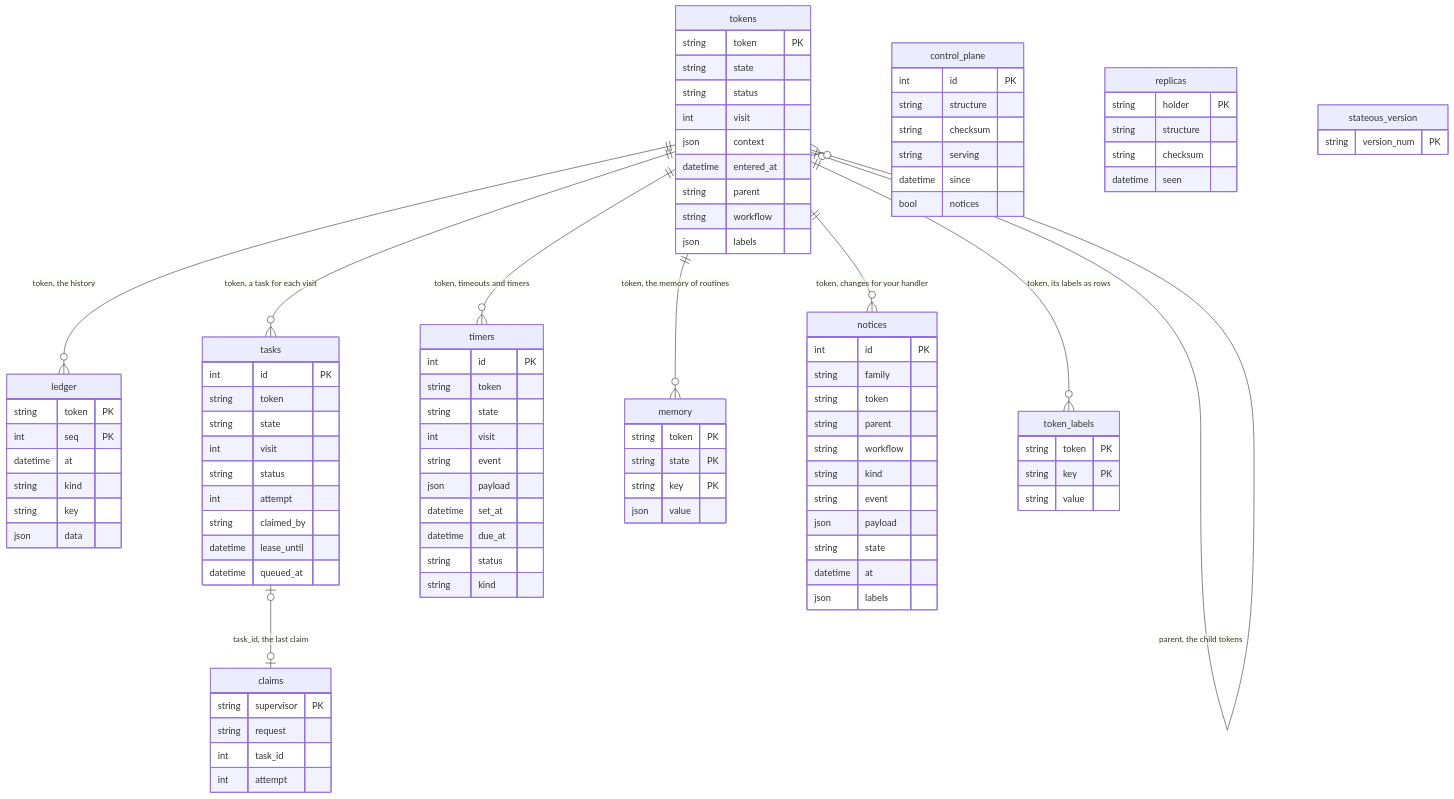
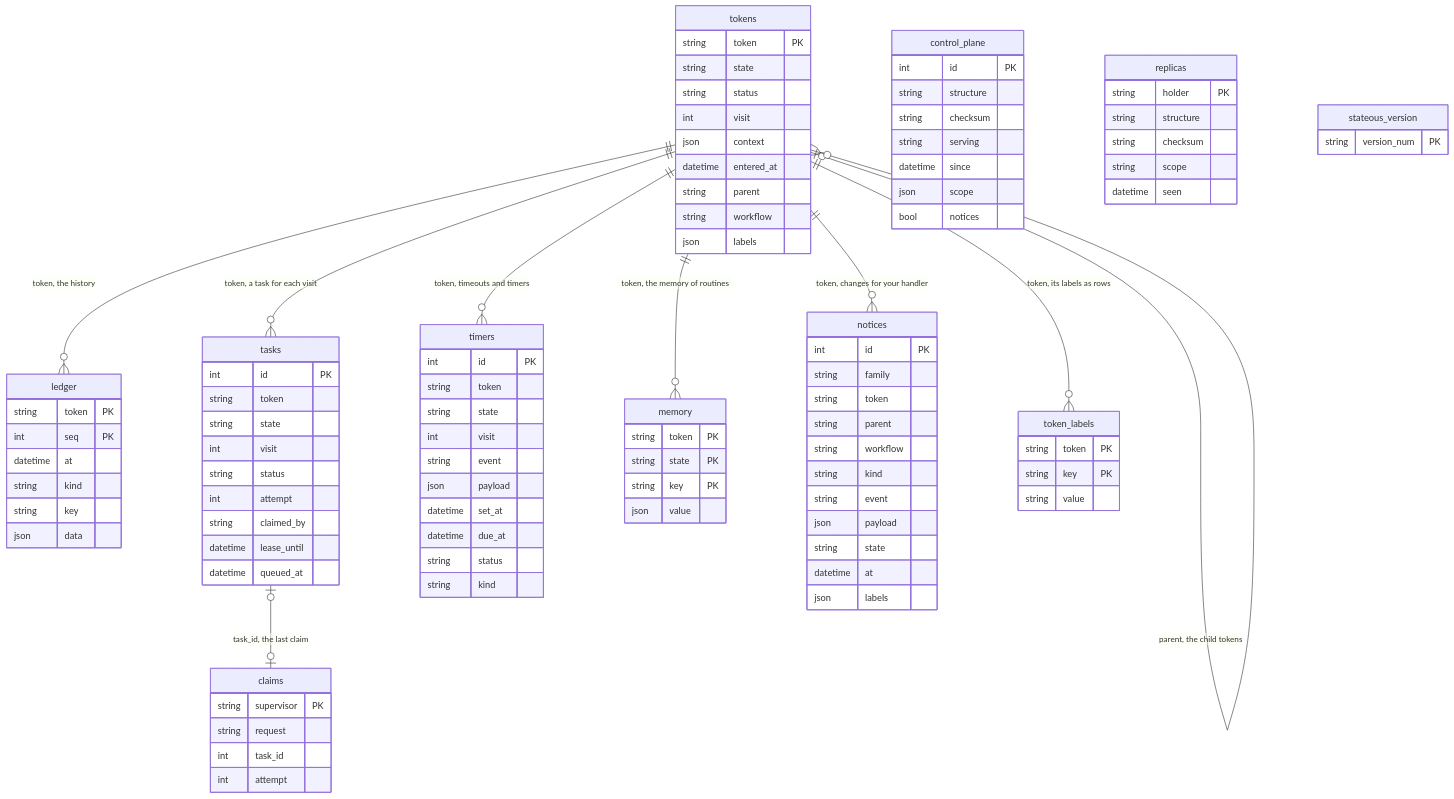
The first of 2 diagrams in docs/inside/data.md (StateousLabs/stateous), drawn with Mermaid before and after one commit. The commit also changed 15 other files, not shown here.

```diff
--- a/docs/inside/data.md
+++ b/docs/inside/data.md
@@ -84,6 +84,7 @@
         string checksum
         string serving
         datetime since
+        json scope
         bool notices
     }
     notices {
@@ -103,6 +104,7 @@
         string holder PK
         string structure
         string checksum
+        string scope
         datetime seen
     }
     stateous_version {
```
